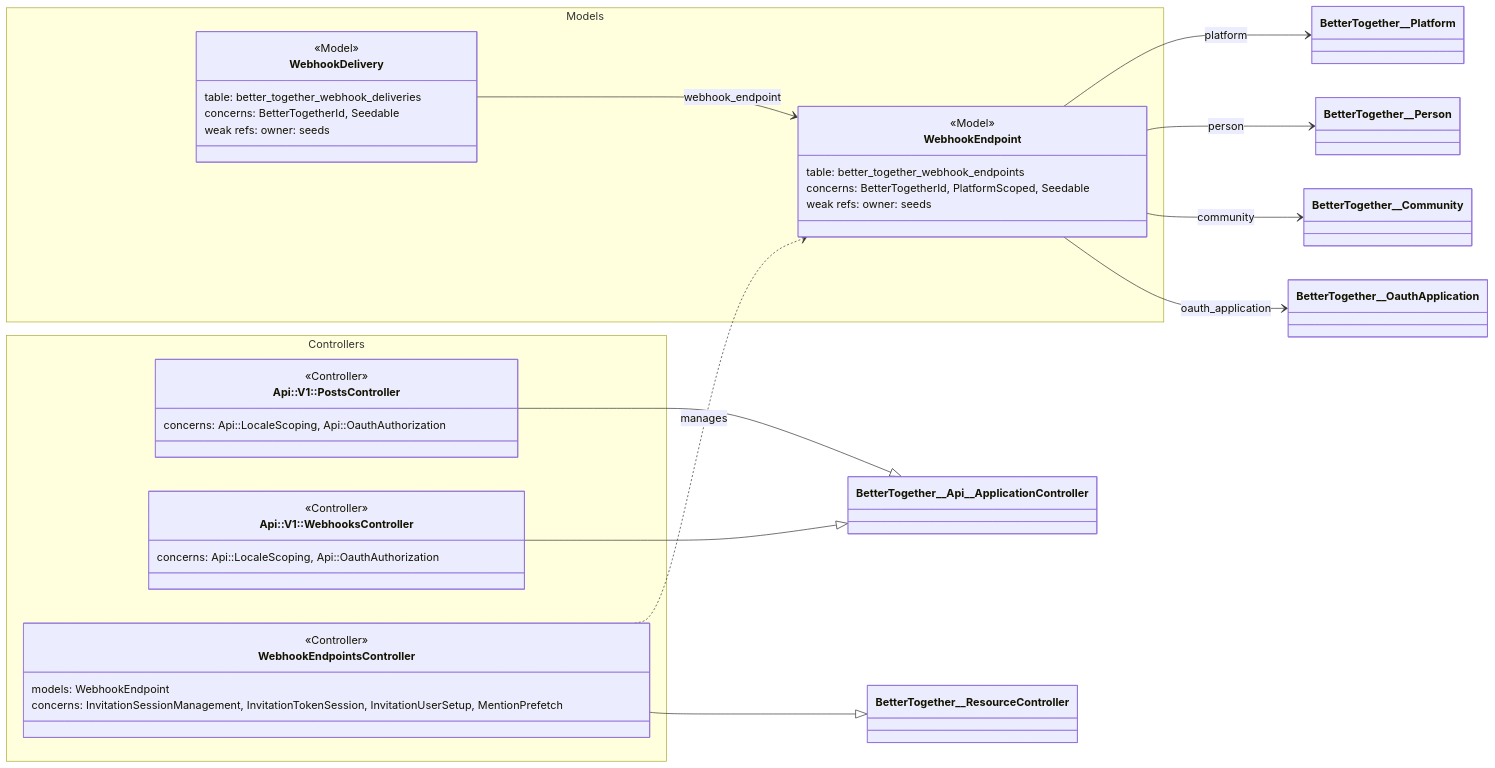
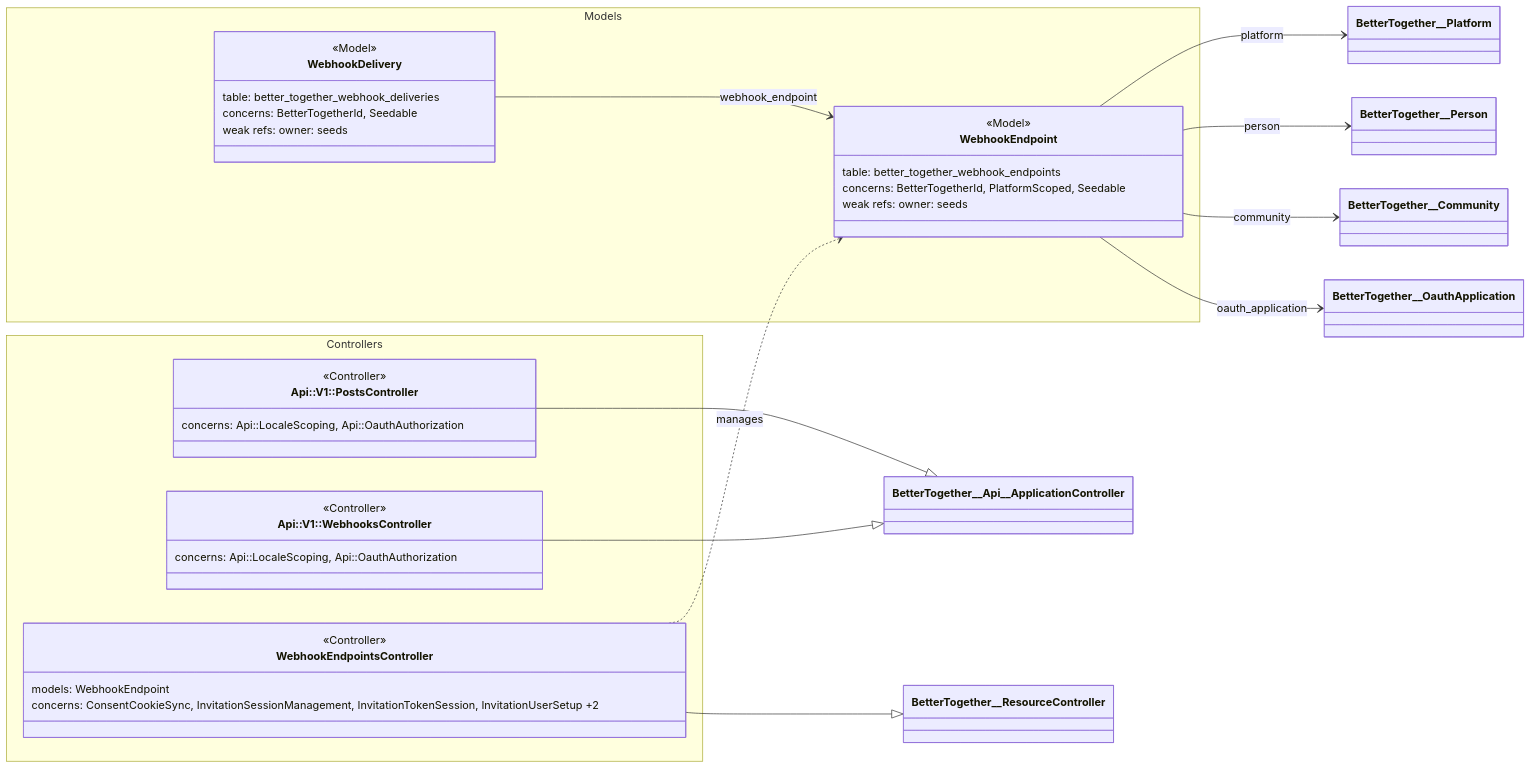
One commit to better-together-org/community-engine-rails changed the diagram in docs/diagrams/source/ce_integrations_webhooks_rails_layers.mmd. Above: the diagram before and after it, drawn with Mermaid. The commit also changed 152 other files, not shown here.

```diff
--- a/docs/diagrams/source/ce_integrations_webhooks_rails_layers.mmd
+++ b/docs/diagrams/source/ce_integrations_webhooks_rails_layers.mmd
@@ -1,44 +1,44 @@
 %% Generated by scripts/export_subsystem_diagrams.rb
 classDiagram
   direction LR
 
   namespace Controllers {
     class BetterTogether__Api__V1__PostsController["Api::V1::PostsController"] {
       <<Controller>>
       concerns: Api::LocaleScoping, Api::OauthAuthorization
     }
     class BetterTogether__Api__V1__WebhooksController["Api::V1::WebhooksController"] {
       <<Controller>>
       concerns: Api::LocaleScoping, Api::OauthAuthorization
     }
     class BetterTogether__WebhookEndpointsController["WebhookEndpointsController"] {
       <<Controller>>
       models: WebhookEndpoint
-      concerns: InvitationSessionManagement, InvitationTokenSession, InvitationUserSetup, MentionPrefetch
+      concerns: ConsentCookieSync, InvitationSessionManagement, InvitationTokenSession, InvitationUserSetup +2
     }
   }
 
   namespace Models {
     class BetterTogether__WebhookDelivery["WebhookDelivery"] {
       <<Model>>
       table: better_together_webhook_deliveries
       concerns: BetterTogetherId, Seedable
       weak refs: owner: seeds
     }
     class BetterTogether__WebhookEndpoint["WebhookEndpoint"] {
       <<Model>>
       table: better_together_webhook_endpoints
       concerns: BetterTogetherId, PlatformScoped, Seedable
       weak refs: owner: seeds
     }
   }
 
   BetterTogether__Api__V1__PostsController --|> BetterTogether__Api__ApplicationController
   BetterTogether__Api__V1__WebhooksController --|> BetterTogether__Api__ApplicationController
   BetterTogether__WebhookEndpointsController ..> BetterTogether__WebhookEndpoint : manages
   BetterTogether__WebhookEndpointsController --|> BetterTogether__ResourceController
   BetterTogether__WebhookDelivery --> BetterTogether__WebhookEndpoint : webhook_endpoint
   BetterTogether__WebhookEndpoint --> BetterTogether__Platform : platform
   BetterTogether__WebhookEndpoint --> BetterTogether__Person : person
   BetterTogether__WebhookEndpoint --> BetterTogether__Community : community
   BetterTogether__WebhookEndpoint --> BetterTogether__OauthApplication : oauth_application
```
